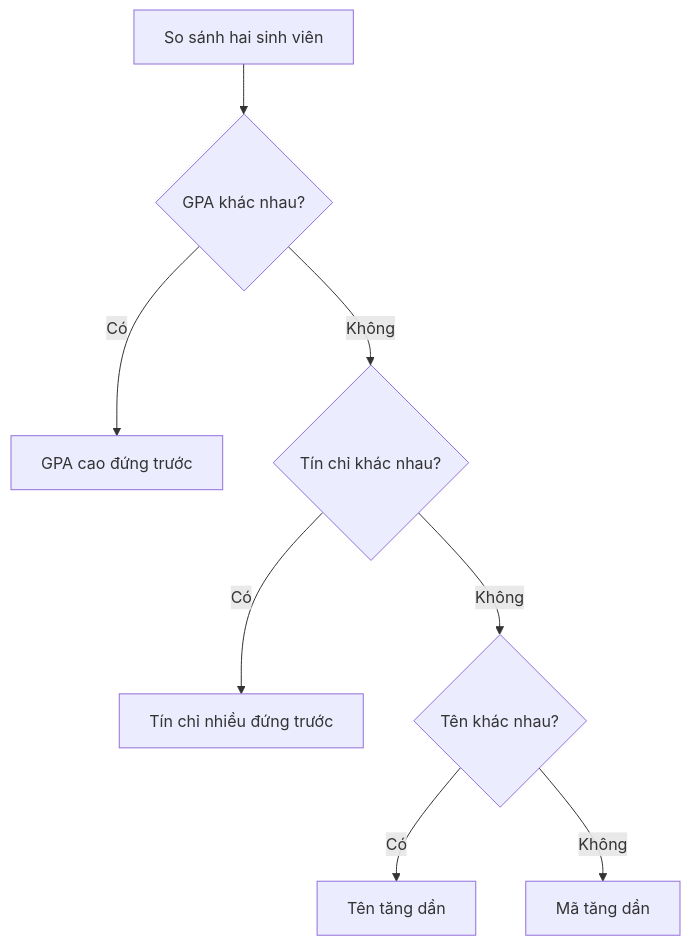
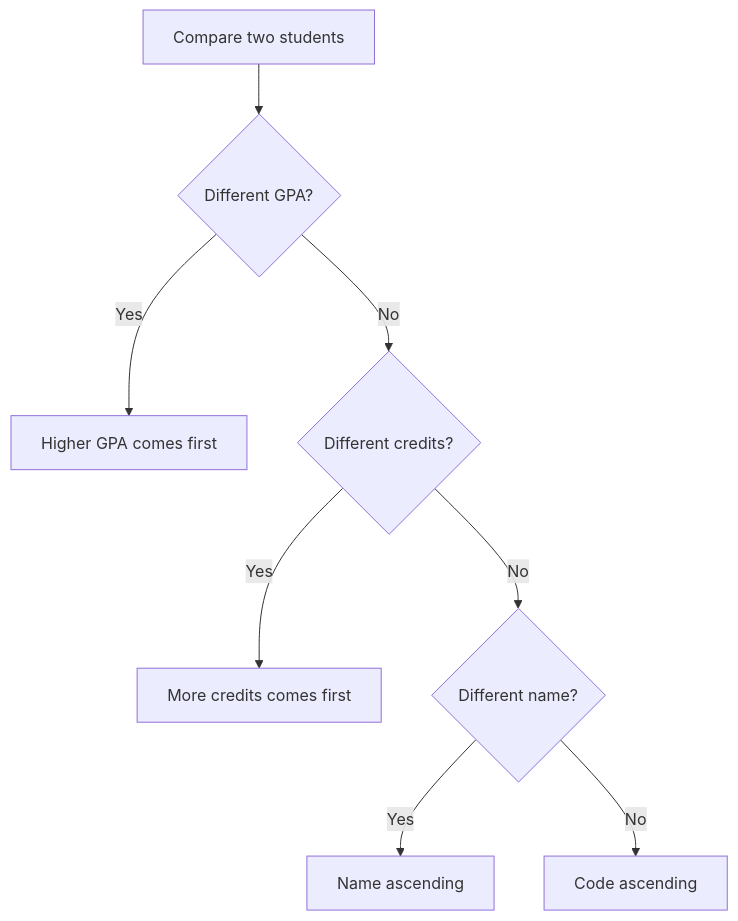
One commit to phuongnguyenit93/learning-platform-data changed the diagram in module/platform/development/programming/language/java/core/stream-api/content/knowledge/en/29.beginner-and-intermediate-exercises/beginner-and-intermediate-exercises-002.md. Above: the diagram before and after it, drawn with Mermaid. The commit also changed other lines of this file and 2307 other files, not shown here.

```diff
--- a/module/platform/development/programming/language/java/core/stream-api/content/knowledge/en/29.beginner-and-intermediate-exercises/beginner-and-intermediate-exercises-002.md
+++ b/module/platform/development/programming/language/java/core/stream-api/content/knowledge/en/29.beginner-and-intermediate-exercises/beginner-and-intermediate-exercises-002.md
@@ -231,10 +231,10 @@
 ~~~mermaid
 flowchart TD
-    A["So sánh hai sinh viên"] --> B{"GPA khác nhau?"}
-    B -->|Có| C["GPA cao đứng trước"]
-    B -->|Không| D{"Tín chỉ khác nhau?"}
-    D -->|Có| E["Tín chỉ nhiều đứng trước"]
-    D -->|Không| F{"Tên khác nhau?"}
-    F -->|Có| G["Tên tăng dần"]
-    F -->|Không| H["Mã tăng dần"]
+    A["Compare two students"] --> B{"Different GPA?"}
+    B -->|Yes| C["Higher GPA comes first"]
+    B -->|No| D{"Different credits?"}
+    D -->|Yes| E["More credits comes first"]
+    D -->|No| F{"Different name?"}
+    F -->|Yes| G["Name ascending"]
+    F -->|No| H["Code ascending"]
 ~~~
```
